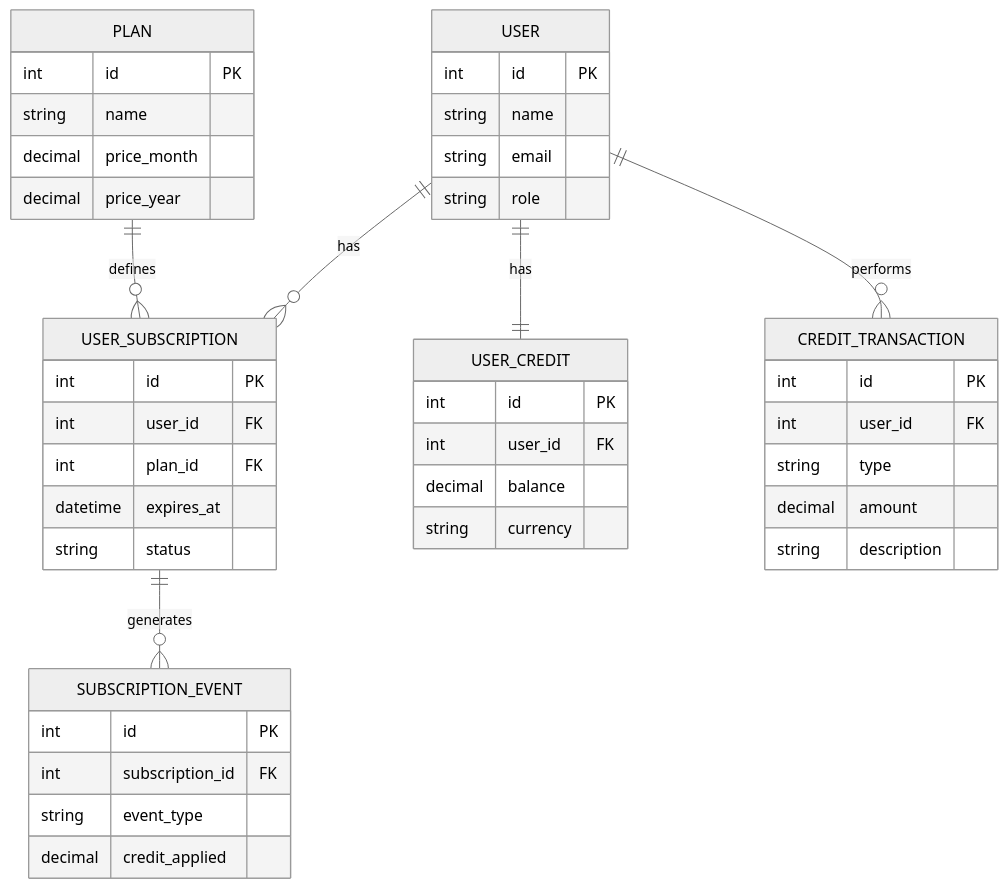
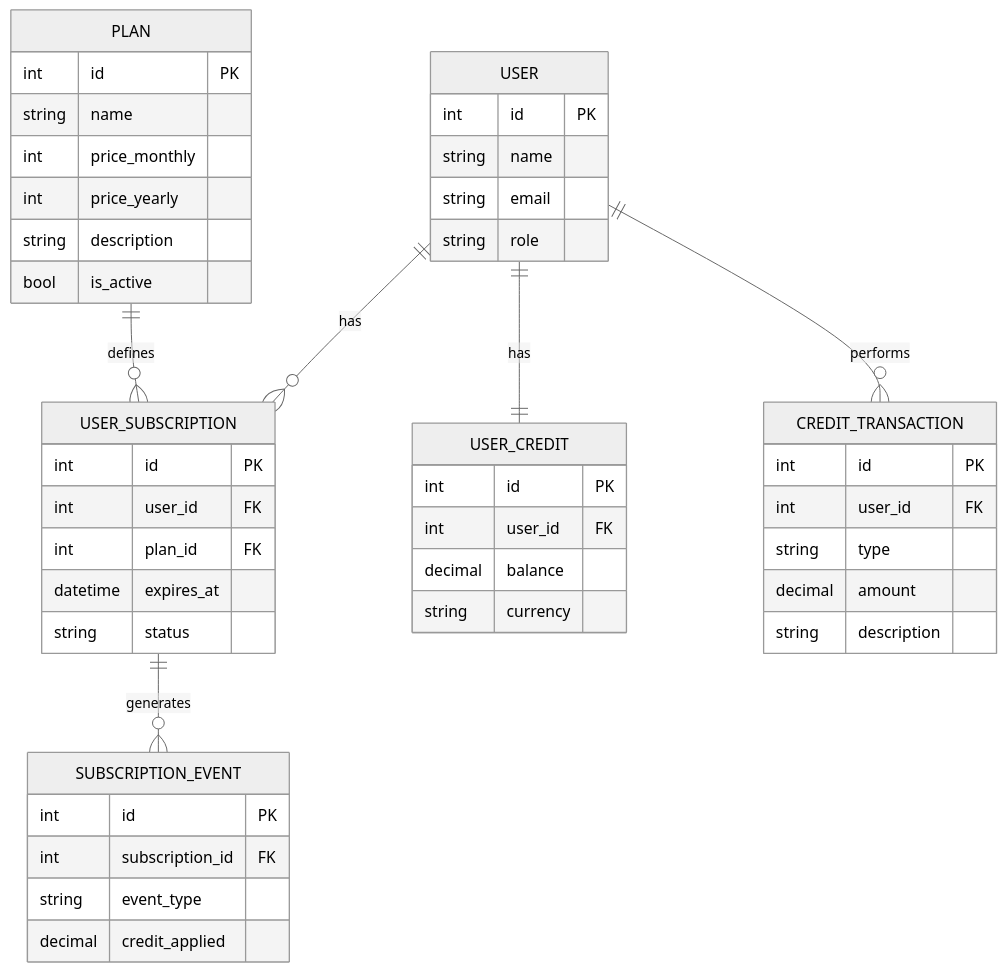
The diagram in docs/ideas/ERD.md (luidsonl/url-shortener-laravel-react), drawn with Mermaid (neutral theme) before and after one commit.

Commit message:
docs: update Plan columns

````diff
--- a/docs/ideas/ERD.md
+++ b/docs/ideas/ERD.md
@@ -1,52 +1,54 @@
 ```mermaid
 erDiagram
     USER ||--o{ USER_SUBSCRIPTION : has
     USER ||--|| USER_CREDIT : has
     USER ||--o{ CREDIT_TRANSACTION : performs
     PLAN ||--o{ USER_SUBSCRIPTION : defines
     USER_SUBSCRIPTION ||--o{ SUBSCRIPTION_EVENT : generates
     
     USER {
         int id PK
         string name
         string email
         string role
     }
     
     PLAN {
         int id PK
         string name
-        decimal price_month
-        decimal price_year
+        int price_monthly
+        int price_yearly
+        string description
+        bool is_active
     }
     
     USER_SUBSCRIPTION {
         int id PK
         int user_id FK
         int plan_id FK
         datetime expires_at
         string status
     }
     
     USER_CREDIT {
         int id PK
         int user_id FK
         decimal balance
         string currency
     }
     
     CREDIT_TRANSACTION {
         int id PK
         int user_id FK
         string type
         decimal amount
         string description
     }
     
     SUBSCRIPTION_EVENT {
         int id PK
         int subscription_id FK
         string event_type
         decimal credit_applied
     }
 ```
````
